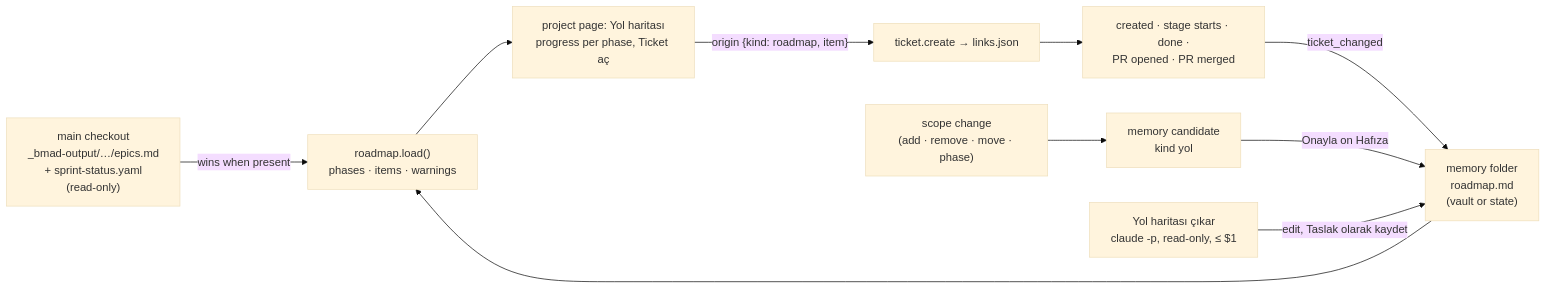
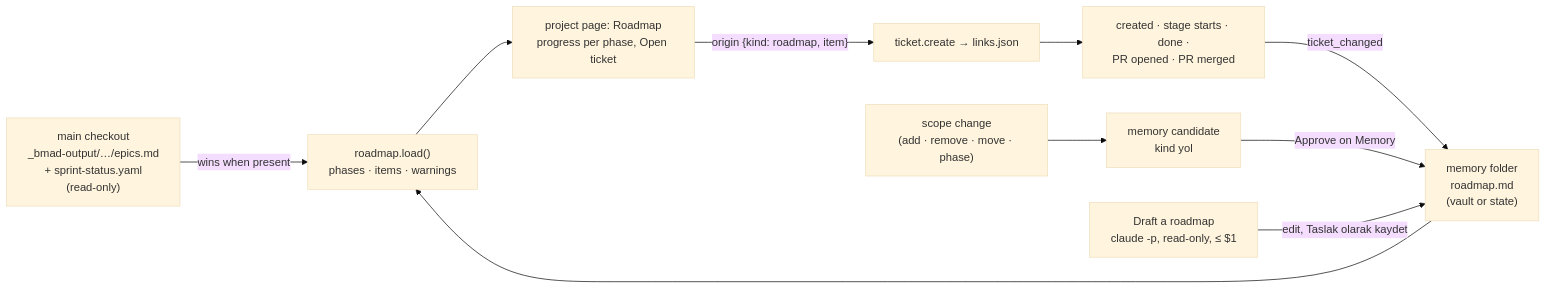
Before and after one commit to ilkeryasin8/ziggy-agent: diagram 14 of 19 in docs/how-it-works.md, drawn with Mermaid (base theme). The commit also changed other lines of this file and 17 other files, not shown here.

````diff
--- a/docs/how-it-works.md
+++ b/docs/how-it-works.md
@@ -803,11 +803,11 @@
 ```mermaid
 flowchart LR
     bmad["main checkout<br/>_bmad-output/…/epics.md<br/>+ sprint-status.yaml<br/>(read-only)"] -->|wins when present| load["roadmap.load()<br/>phases · items · warnings"]
     md["memory folder<br/>roadmap.md<br/>(vault or state)"] --> load
-    load --> page["project page: Yol haritası<br/>progress per phase, Ticket aç"]
+    load --> page["project page: Roadmap<br/>progress per phase, Open ticket"]
     page -->|"origin {kind: roadmap, item}"| t["ticket.create → links.json"]
     t --> hooks["created · stage starts · done ·<br/>PR opened · PR merged"]
     hooks -->|ticket_changed| md
-    lead["scope change<br/>(add · remove · move · phase)"] --> cand["memory candidate<br/>kind yol"] -->|Onayla on Hafıza| md
-    draft["Yol haritası çıkar<br/>claude -p, read-only, ≤ $1"] -->|edit, Taslak olarak kaydet| md
+    lead["scope change<br/>(add · remove · move · phase)"] --> cand["memory candidate<br/>kind yol"] -->|Approve on Memory| md
+    draft["Draft a roadmap<br/>claude -p, read-only, ≤ $1"] -->|edit, Taslak olarak kaydet| md
 ```
````
